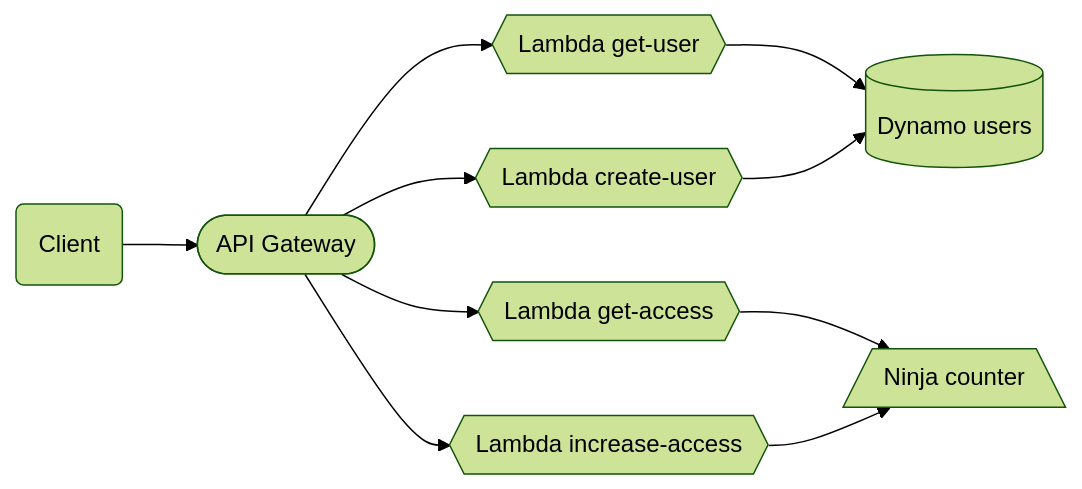
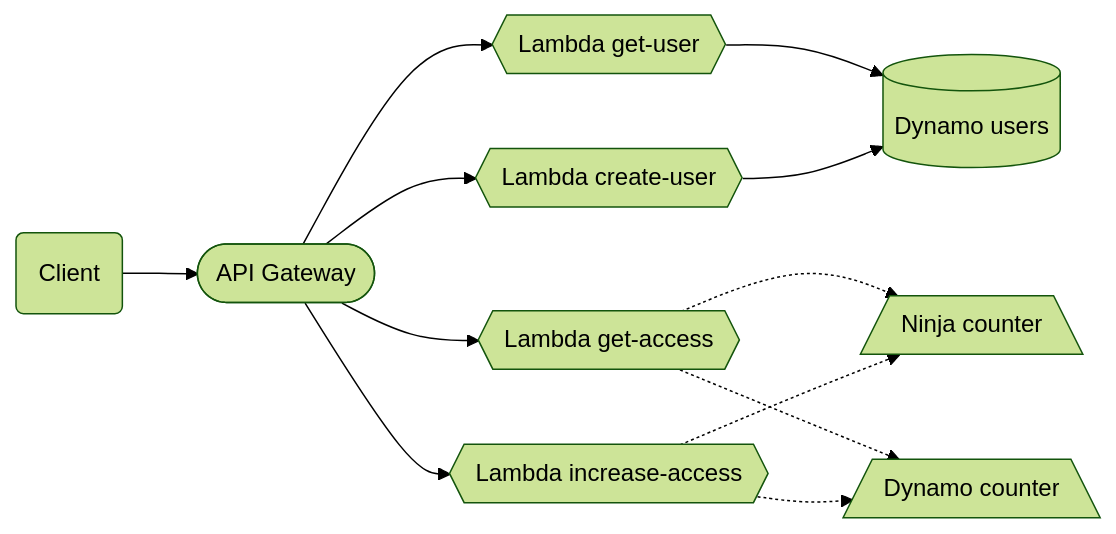
The diagram in docs/components.md (guilhermebolfe11/ton), drawn with Mermaid (forest theme) before and after one commit.

````diff
--- a/docs/components.md
+++ b/docs/components.md
@@ -3,21 +3,24 @@
 ```mermaid
 flowchart LR
 C(Client)
 AP([API Gateway])
 GU{{Lambda get-user}}
 CU{{Lambda create-user}}
 GA{{Lambda get-access}}
 IA{{Lambda increase-access}}
 DB[(Dynamo users)]
 NJ[/Ninja counter\]
+DC[/Dynamo counter\]
 
 C --> AP
 AP --> GU
 AP --> CU
 AP --> GA
 AP --> IA
 GU --> DB
 CU --> DB
-GA --> NJ
-IA --> NJ
+GA -.-> NJ
+IA -.-> NJ
+GA -.-> DC
+IA -.-> DC
 ```
````
